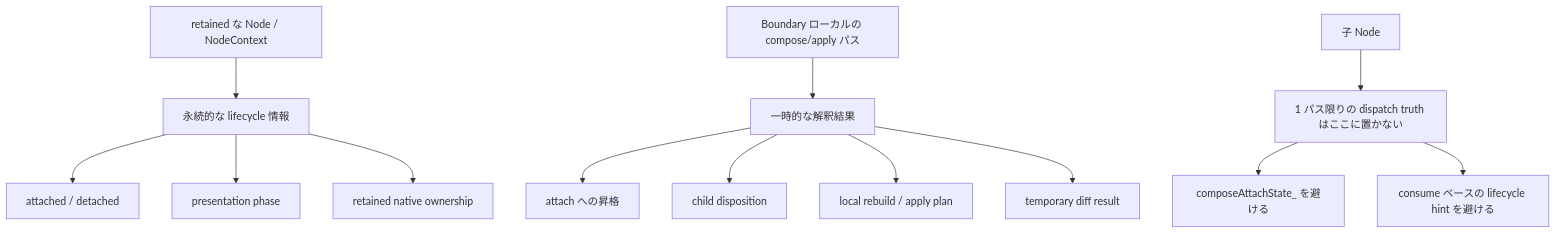
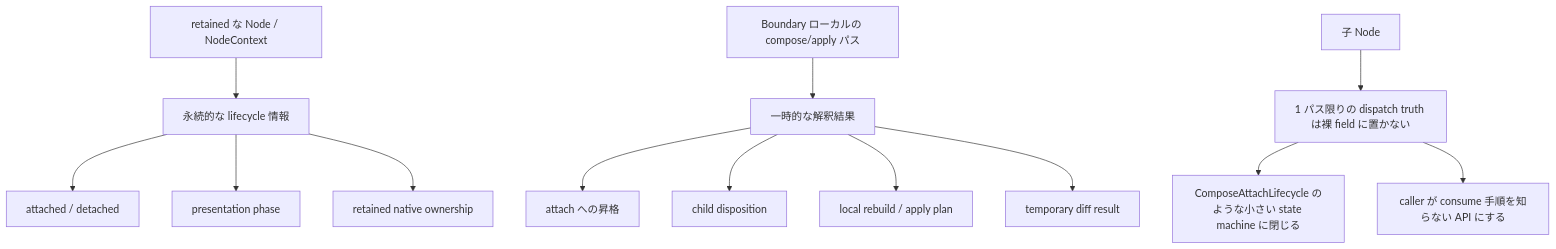
Before and after one commit to cubenoy22/Loka: the first of 17 diagrams in docs/current_issues_diagram.md, drawn with Mermaid. The commit also changed other lines of this file and 1 other file, not shown here.

Commit message:
Document scene lifecycle follow-ups

````diff
--- a/docs/current_issues_diagram.md
+++ b/docs/current_issues_diagram.md
@@ -8,17 +8,17 @@
 ```mermaid
 flowchart TD
     A[retained な Node / NodeContext] --> B[永続的な lifecycle 情報]
     B --> B1[attached / detached]
     B --> B2[presentation phase]
     B --> B3[retained native ownership]
 
     C[Boundary ローカルの compose/apply パス] --> D[一時的な解釈結果]
     D --> D1[attach への昇格]
     D --> D2[child disposition]
     D --> D3[local rebuild / apply plan]
     D --> D4[temporary diff result]
 
-    E[子 Node] --> F[1 パス限りの dispatch truth はここに置かない]
-    F --> F1[composeAttachState_ を避ける]
-    F --> F2[consume ベースの lifecycle hint を避ける]
+    E[子 Node] --> F[1 パス限りの dispatch truth は裸 field に置かない]
+    F --> F1[ComposeAttachLifecycle のような小さい state machine に閉じる]
+    F --> F2[caller が consume 手順を知らない API にする]
 ```
````
